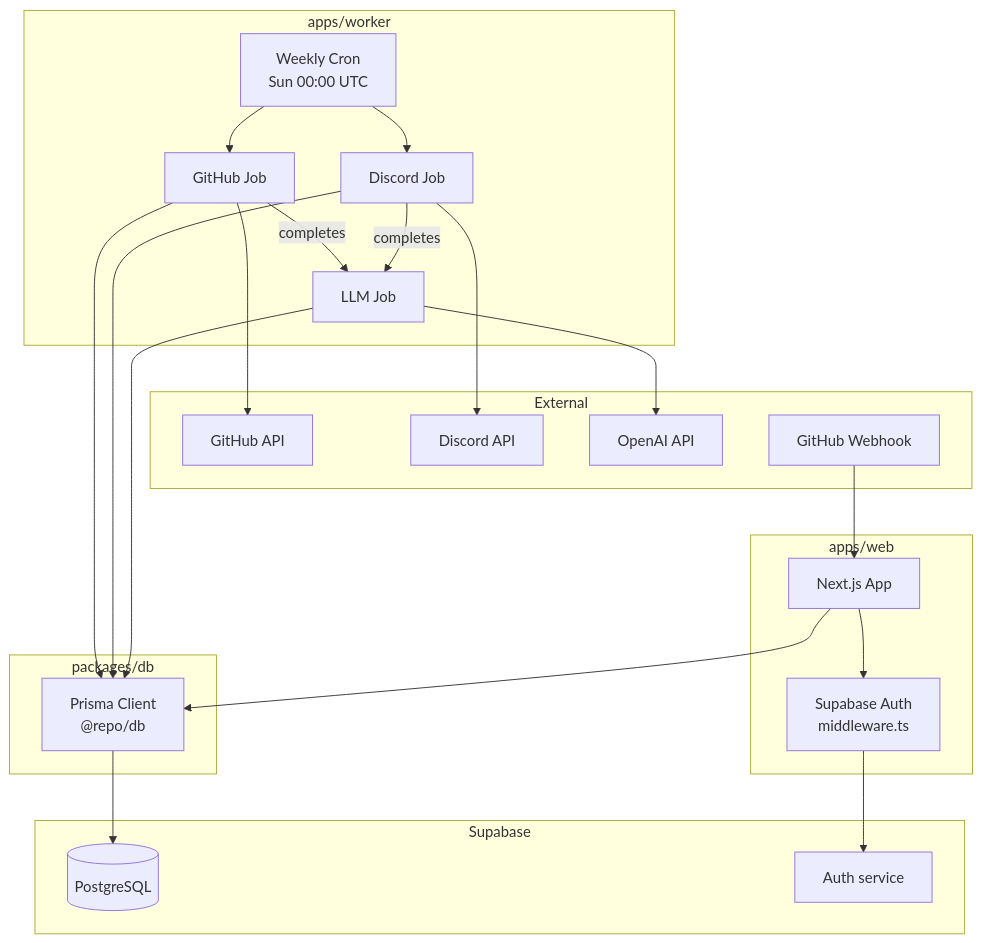
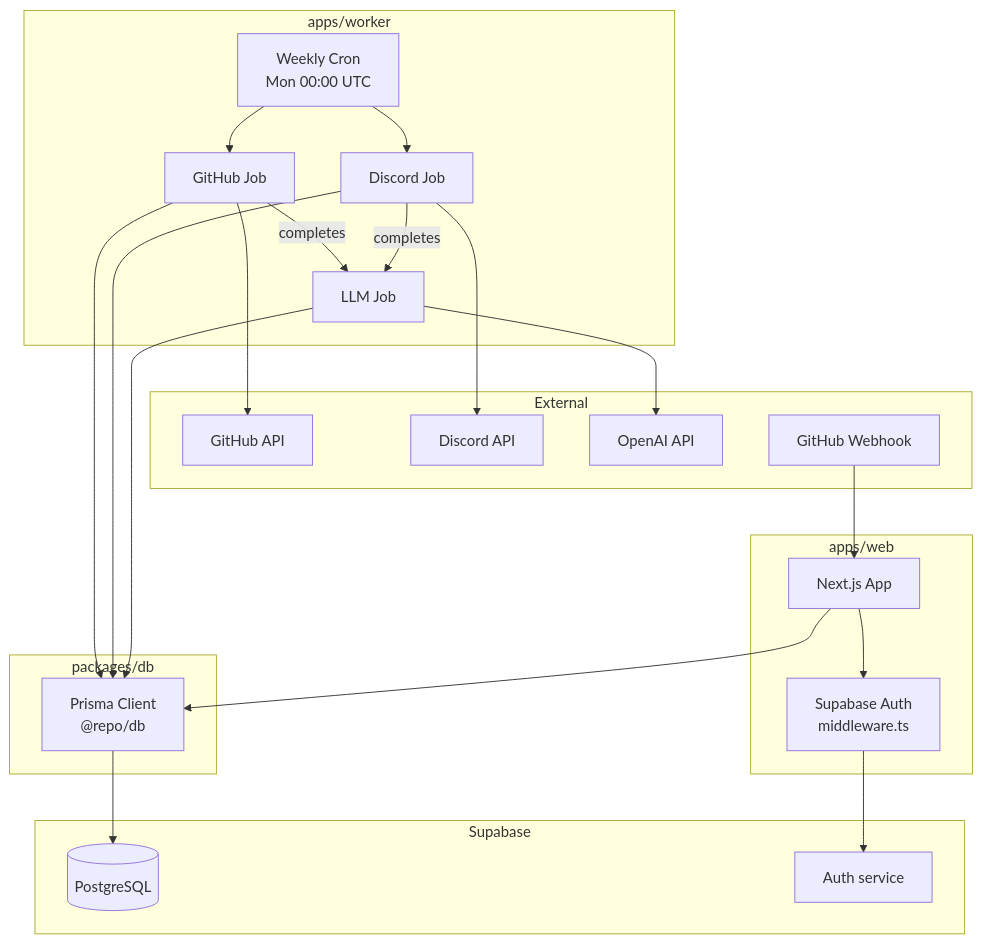
Before and after one commit to UoaWDCC/projects-health-dashboard: the first of 4 diagrams in docs/architecture.md, drawn with Mermaid. The commit also changed other lines of this file and 1 other file, not shown here.

Commit message:
docs: fix cron schedule day from Sunday to Monday
The worker fires on Monday 00:00 UTC, not Sunday. Corrects all
references in docs/worker.md and docs/architecture.md.

````diff
--- a/docs/architecture.md
+++ b/docs/architecture.md
@@ -20,48 +20,48 @@
 ```mermaid
 graph TD
     subgraph External
         GH[GitHub API]
         DC[Discord API]
         OAI[OpenAI API]
         WEBHOOK[GitHub Webhook]
     end
 
     subgraph apps/worker
-        CRON[Weekly Cron<br/>Sun 00:00 UTC]
+        CRON[Weekly Cron<br/>Mon 00:00 UTC]
         GH_JOB[GitHub Job]
         DC_JOB[Discord Job]
         LLM_JOB[LLM Job]
     end
 
     subgraph apps/web
         NEXTJS[Next.js App]
         AUTH[Supabase Auth<br/>middleware.ts]
     end
 
     subgraph packages/db
         PRISMA[Prisma Client<br/>@repo/db]
     end
 
     subgraph Supabase
         DB[(PostgreSQL)]
         SUPAAUTH[Auth service]
     end
 
     CRON --> GH_JOB
     CRON --> DC_JOB
     GH_JOB --> GH
     DC_JOB --> DC
     GH_JOB --> PRISMA
     DC_JOB --> PRISMA
     GH_JOB -->|completes| LLM_JOB
     DC_JOB -->|completes| LLM_JOB
     LLM_JOB --> OAI
     LLM_JOB --> PRISMA
 
     WEBHOOK --> NEXTJS
     NEXTJS --> PRISMA
     NEXTJS --> AUTH
     AUTH --> SUPAAUTH
 
     PRISMA --> DB
 ```
````
